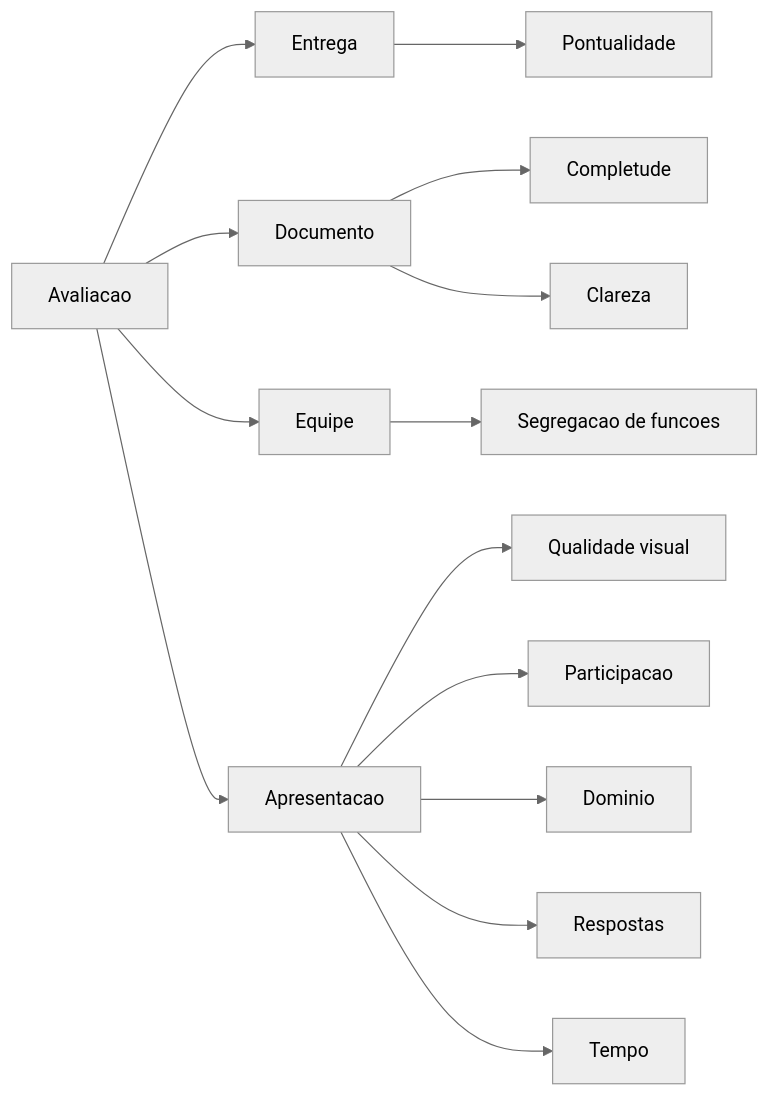
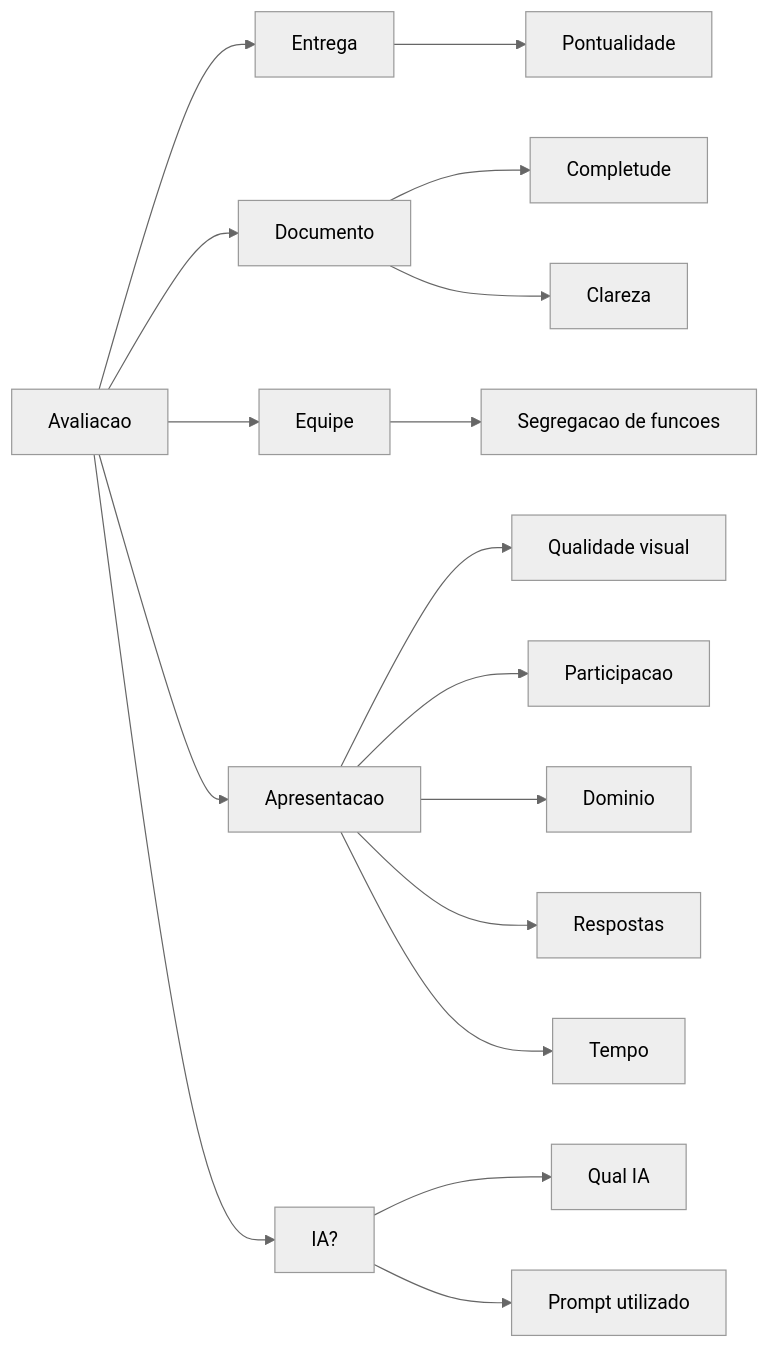
Before and after one commit to mehranmisaghi/cybersecurity: the second of 9 diagrams in projetos/PSII.md, drawn with Mermaid (neutral theme).

`````diff
--- a/projetos/PSII.md
+++ b/projetos/PSII.md
@@ -61,21 +61,25 @@
 ```mermaid
 flowchart LR
 
 A[Avaliacao] --> B[Entrega]
 A --> C[Documento]
 A --> D[Equipe]
 A --> E[Apresentacao]
+A --> F[IA?]
 
 B --> B1[Pontualidade]
 
 C --> C1[Completude]
 C --> C2[Clareza]
 
 D --> D1[Segregacao de funcoes]
 
 E --> E1[Qualidade visual]
 E --> E2[Participacao]
 E --> E3[Dominio]
 E --> E4[Respostas]
 E --> E5[Tempo]
+
+F --> F1[Qual IA]
+F --> F2[Prompt utilizado]
 ````
`````
